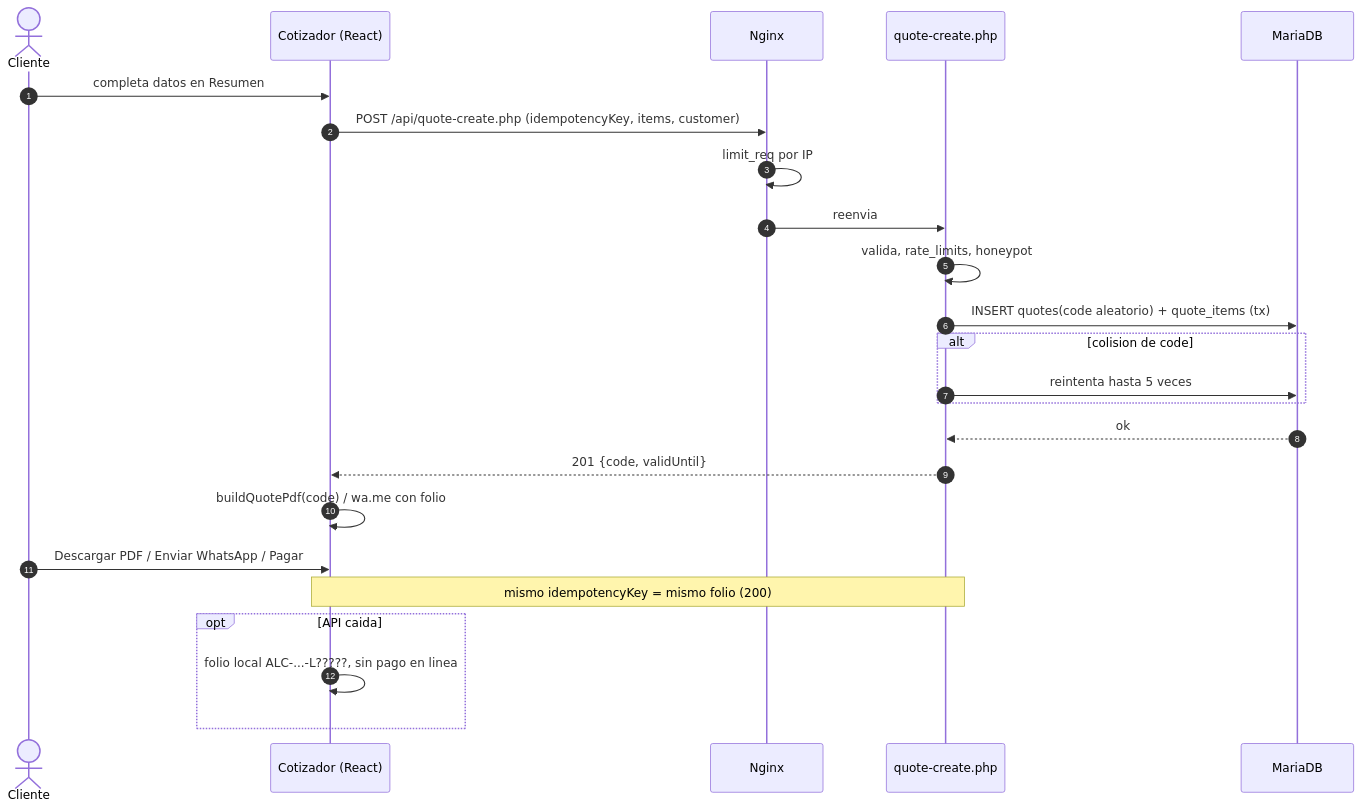
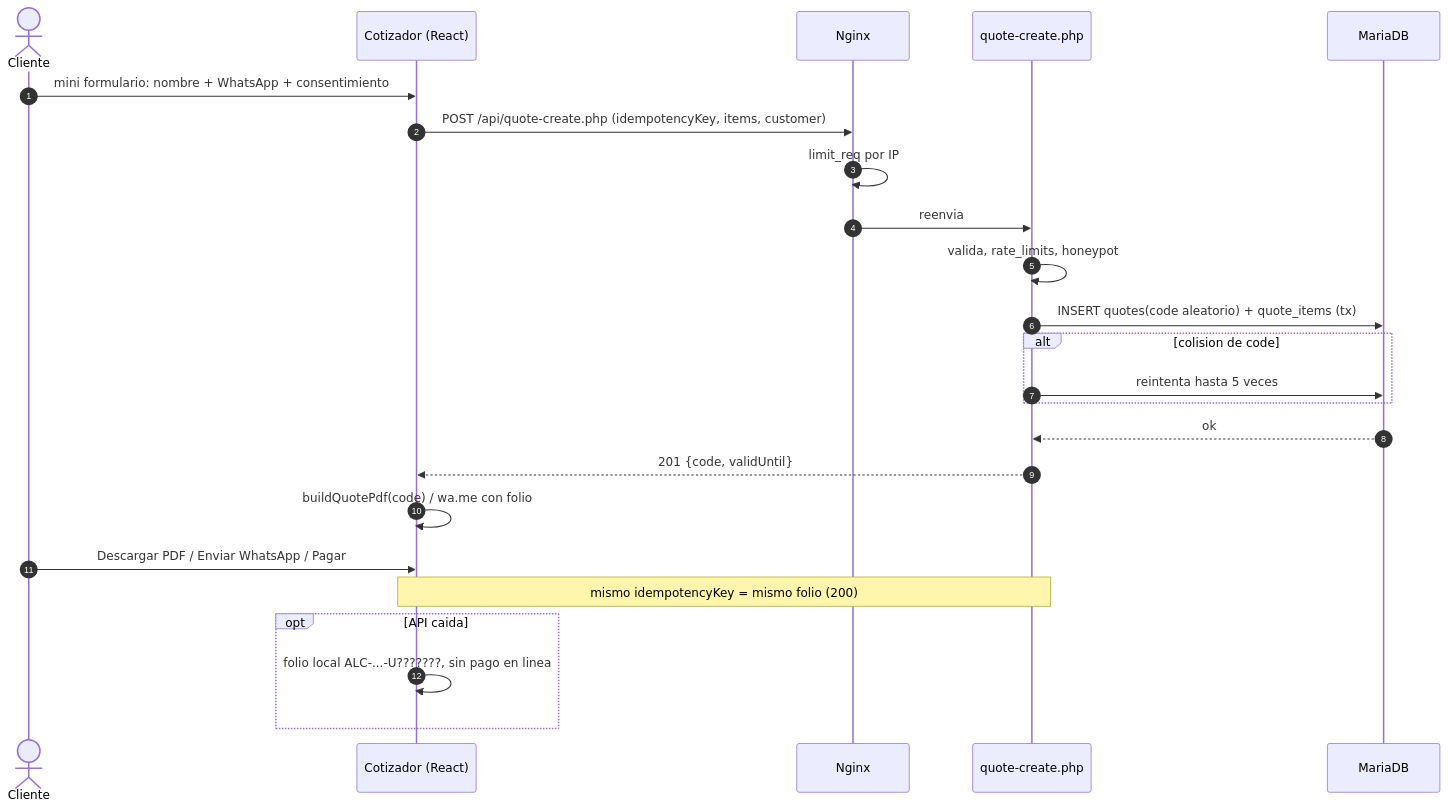
The second of 4 diagrams in docs/architecture/adr/adr-011-admin-panel-and-dynamic-promotions.md (cmaganacdcsolutions/alcusa-sv-landing-cotizador), drawn with Mermaid before and after one commit. The commit also changed other lines of this file and 2 other files, not shown here.

Commit message:
docs(adr): amend ADR-010/011/012 — admin on protected path, customer name+WhatsApp before PDF, promo cap 3, folio 8-char suffix + U contingency

````diff
--- a/docs/architecture/adr/adr-011-admin-panel-and-dynamic-promotions.md
+++ b/docs/architecture/adr/adr-011-admin-panel-and-dynamic-promotions.md
@@ -152,26 +240,26 @@
 ```mermaid
 sequenceDiagram
   autonumber
   actor C as Cliente
   participant W as Cotizador (React)
   participant N as Nginx
   participant P as quote-create.php
   participant D as MariaDB
-  C->>W: completa datos en Resumen
+  C->>W: mini formulario: nombre + WhatsApp + consentimiento
   W->>N: POST /api/quote-create.php (idempotencyKey, items, customer)
   N->>N: limit_req por IP
   N->>P: reenvia
   P->>P: valida, rate_limits, honeypot
   P->>D: INSERT quotes(code aleatorio) + quote_items (tx)
   alt colision de code
     P->>D: reintenta hasta 5 veces
   end
   D-->>P: ok
   P-->>W: 201 {code, validUntil}
   W->>W: buildQuotePdf(code) / wa.me con folio
   C->>W: Descargar PDF / Enviar WhatsApp / Pagar
   Note over W,P: mismo idempotencyKey = mismo folio (200)
   opt API caida
-    W->>W: folio local ALC-...-L?????, sin pago en linea
+    W->>W: folio local ALC-...-U???????, sin pago en linea
   end
 ```
````
